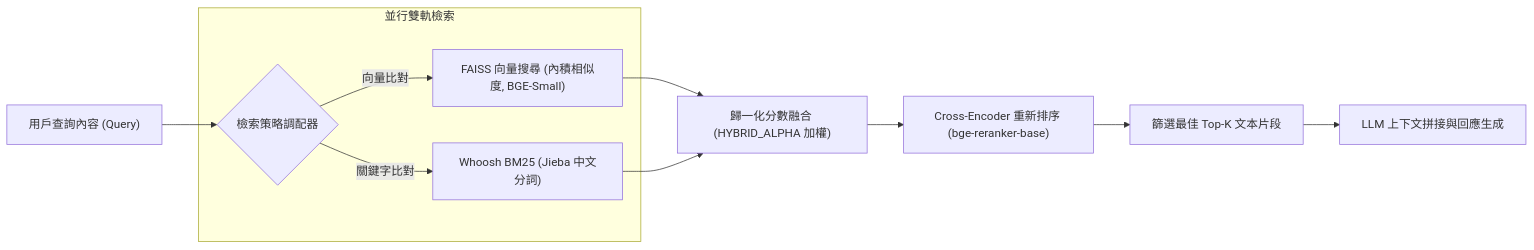
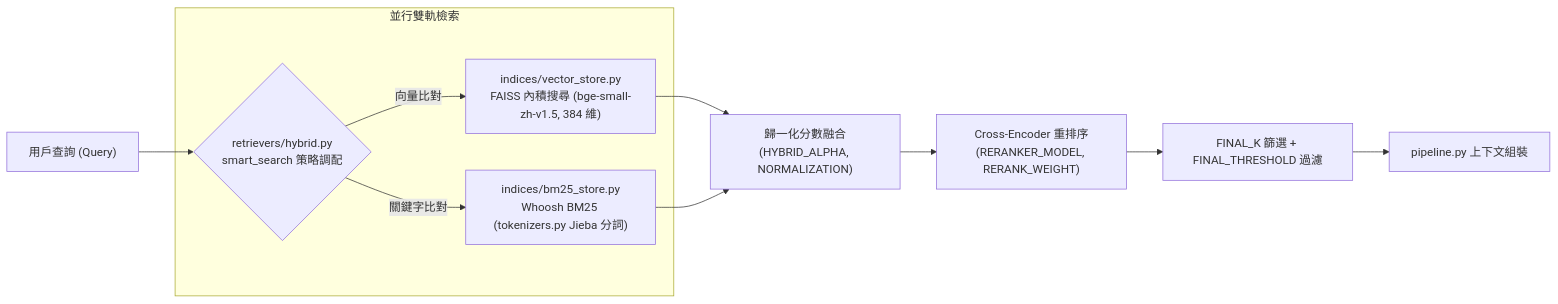
Before and after one commit to Scorpio-meow/AI-CB: the second of 7 diagrams in docs/architecture.md, drawn with Mermaid. The commit also changed other lines of this file and 16 other files, not shown here.

First line of the commit message:
docs: 架構文件對齊 2.x 現況並新增 ADR-0002 路線圖與 CLAUDE.md

````diff
--- a/docs/architecture.md
+++ b/docs/architecture.md
@@ -58,16 +108,15 @@
 ```mermaid
 flowchart LR
-    Query["用戶查詢內容 (Query)"] --> Strategy{"檢索策略調配器"}
-    
+    Query["用戶查詢 (Query)"] --> Strategy{"retrievers/hybrid.py\nsmart_search 策略調配"}
+
     subgraph ParallelRetrieval ["並行雙軌檢索"]
-        Strategy -->|向量比對| FAISS["FAISS 向量搜尋 (內積相似度, BGE-Small)"]
-        Strategy -->|關鍵字比對| BM25["Whoosh BM25 (Jieba 中文分詞)"]
+        Strategy -->|向量比對| FAISS["indices/vector_store.py\nFAISS 內積搜尋 (bge-small-zh-v1.5, 384 維)"]
+        Strategy -->|關鍵字比對| BM25["indices/bm25_store.py\nWhoosh BM25 (tokenizers.py Jieba 分詞)"]
     end
 
-    FAISS --> Merge["歸一化分數融合 (HYBRID_ALPHA 加權)"]
+    FAISS --> Merge["歸一化分數融合\n(HYBRID_ALPHA, NORMALIZATION)"]
     BM25 --> Merge
-    
-    Merge --> Reranker["Cross-Encoder 重新排序 (bge-reranker-base)"]
-    Reranker --> TopK["篩選最佳 Top-K 文本片段"]
-    TopK --> LLM["LLM 上下文拼接與回應生成"]
+    Merge --> Reranker["Cross-Encoder 重排序\n(RERANKER_MODEL, RERANK_WEIGHT)"]
+    Reranker --> TopK["FINAL_K 篩選 + FINAL_THRESHOLD 過濾"]
+    TopK --> Context["pipeline.py 上下文組裝"]
 ```
````
